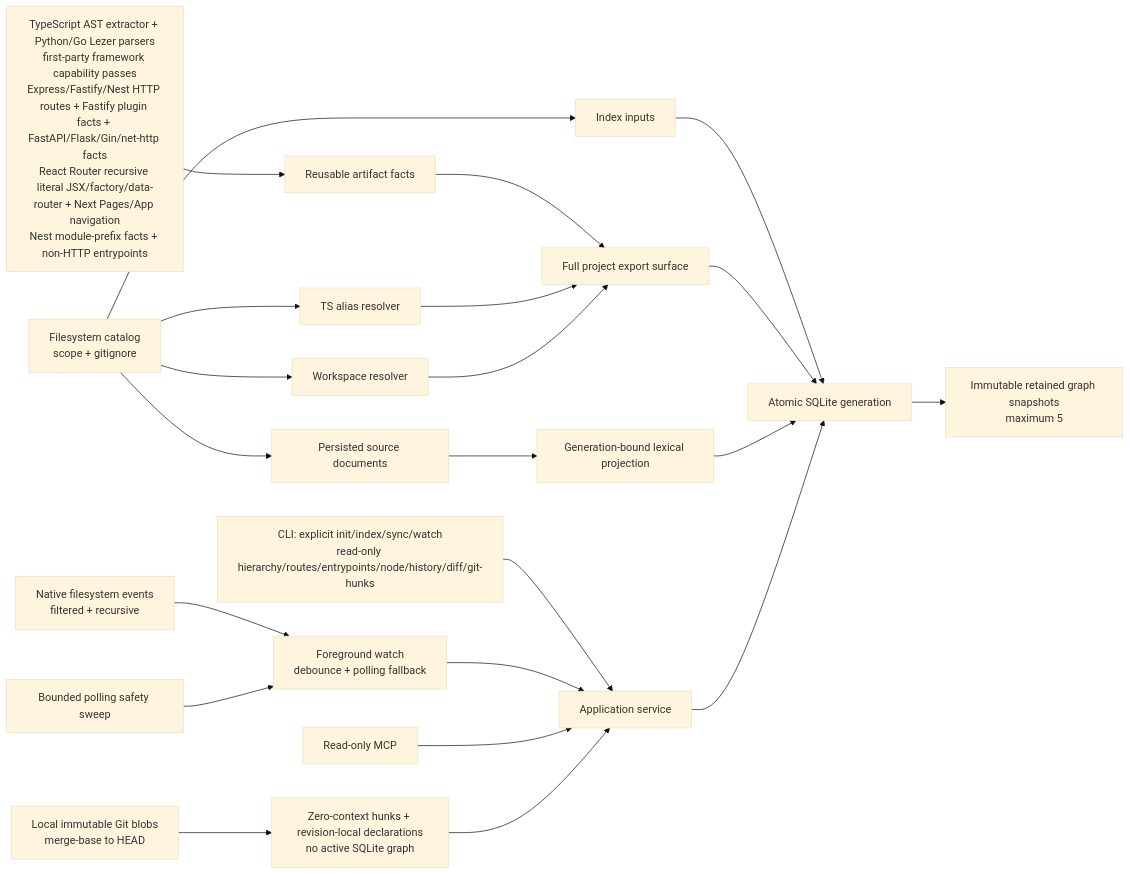
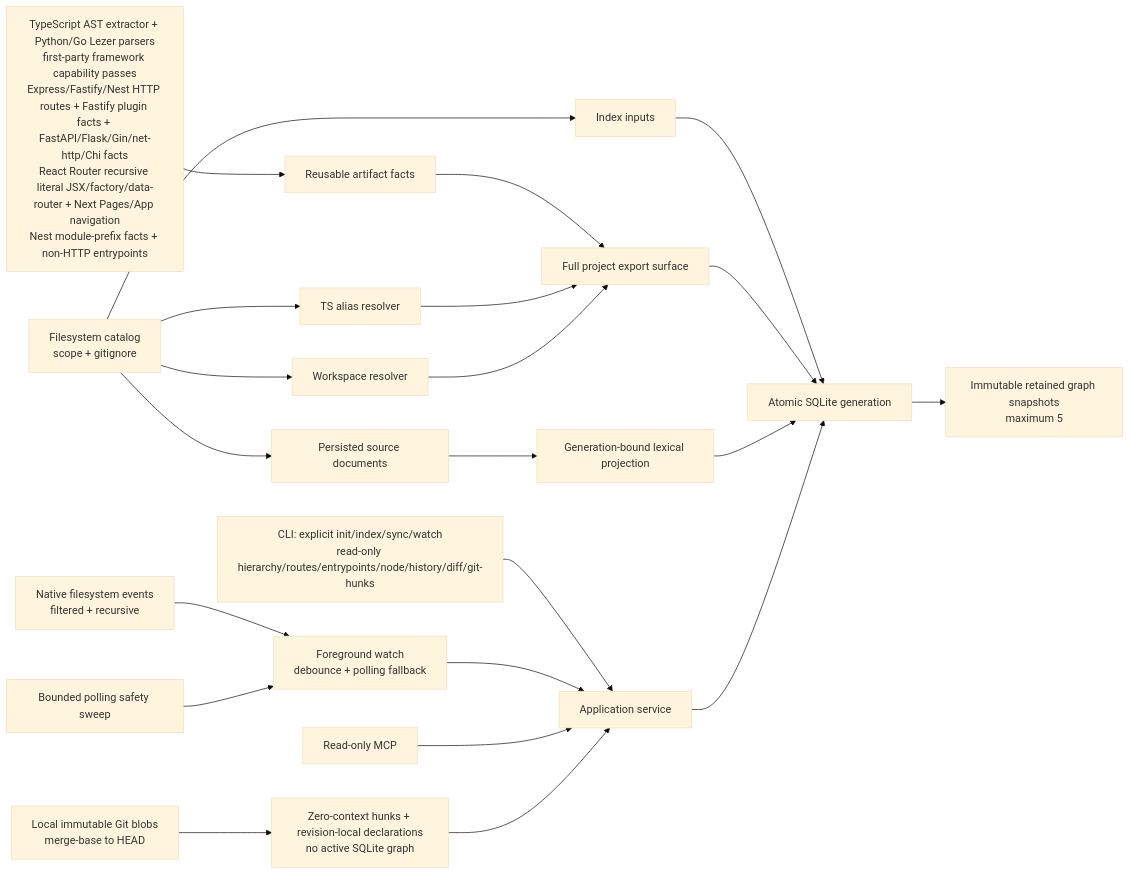
The diagram in README.md (HsinPu/SymbolLattice), drawn with Mermaid (base theme) before and after one commit. The commit also changed other lines of this file and 13 other files, not shown here.

````diff
--- a/README.md
+++ b/README.md
@@ -1054,23 +1083,23 @@
 ```mermaid
 flowchart LR
   CLI["CLI: explicit init/index/sync/watch\nread-only hierarchy/routes/entrypoints/node/history/diff/git-hunks"] --> App["Application service"]
   Native["Native filesystem events\nfiltered + recursive"] --> Watch["Foreground watch\ndebounce + polling fallback"]
   Timer["Bounded polling safety sweep"] --> Watch
   Watch --> App
   MCP["Read-only MCP"] --> App
   Git["Local immutable Git blobs\nmerge-base to HEAD"] --> GitHunks["Zero-context hunks + revision-local declarations\nno active SQLite graph"] --> App
   Catalog["Filesystem catalog\nscope + gitignore"] --> Inputs["Index inputs"]
   Catalog --> TS["TS alias resolver"]
   Catalog --> WS["Workspace resolver"]
-  Extractor["TypeScript AST extractor + Python/Go Lezer parsers\nfirst-party framework capability passes\nExpress/Fastify/Nest HTTP routes + Fastify plugin facts + FastAPI/Flask/Gin/net-http facts\nReact Router recursive literal JSX/factory/data-router + Next Pages/App navigation\nNest module-prefix facts + non-HTTP entrypoints"] --> Facts["Reusable artifact facts"]
+  Extractor["TypeScript AST extractor + Python/Go Lezer parsers\nfirst-party framework capability passes\nExpress/Fastify/Nest HTTP routes + Fastify plugin facts + FastAPI/Flask/Gin/net-http/Chi facts\nReact Router recursive literal JSX/factory/data-router + Next Pages/App navigation\nNest module-prefix facts + non-HTTP entrypoints"] --> Facts["Reusable artifact facts"]
   Catalog --> SourceDocs["Persisted source documents"]
   SourceDocs --> Retrieval["Generation-bound lexical projection"]
   Facts --> Resolver["Full project export surface"]
   TS --> Resolver
   WS --> Resolver
   Inputs --> SQLite["Atomic SQLite generation"]
   Resolver --> SQLite
   Retrieval --> SQLite
   SQLite --> Retained["Immutable retained graph snapshots\nmaximum 5"]
   App --> SQLite
 ```
````
